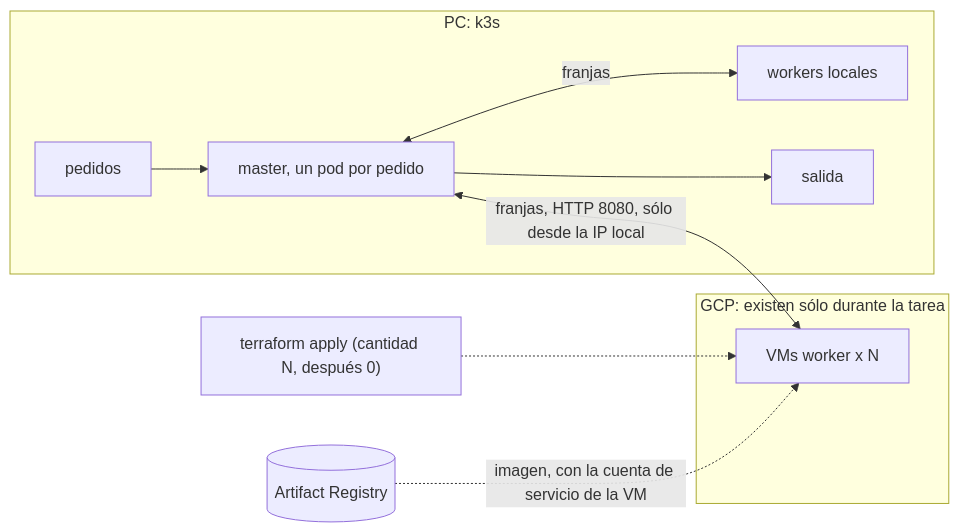
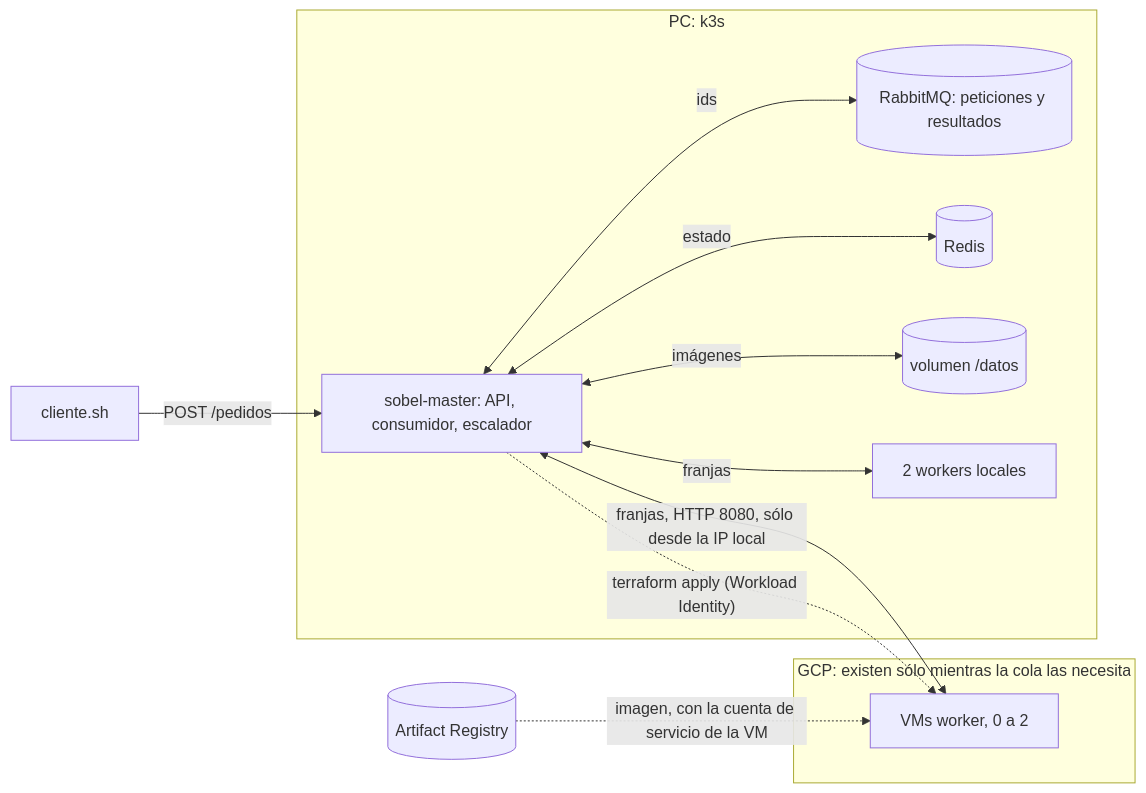
The diagram in hit2/README.md (chimera-sdypp/sdypp_tp3), drawn with Mermaid before and after one commit. The commit also changed other lines of this file and 6 other files, not shown here.

````diff
--- a/hit2/README.md
+++ b/hit2/README.md
@@ -17,14 +23,16 @@
 ```mermaid
 flowchart LR
+    C[cliente.sh] -->|POST /pedidos| M
     subgraph local["PC: k3s"]
-        E[pedidos] --> M[master, un pod por pedido]
-        M <-->|franjas| WL[workers locales]
-        M --> S[salida]
+        M[sobel-master: API, consumidor, escalador] <-->|ids| Q[(RabbitMQ: peticiones y resultados)]
+        M <-->|estado| R[(Redis)]
+        M <-->|imágenes| D[(volumen /datos)]
+        M <-->|franjas| WL[2 workers locales]
     end
-    subgraph nube["GCP: existen sólo durante la tarea"]
-        WN[VMs worker x N]
+    subgraph nube["GCP: existen sólo mientras la cola las necesita"]
+        WN[VMs worker, 0 a 2]
     end
     M <-->|"franjas, HTTP 8080, sólo desde la IP local"| WN
-    T["terraform apply (cantidad N, después 0)"] -.-> WN
+    M -.->|"terraform apply (Workload Identity)"| WN
     AR[(Artifact Registry)] -.->|imagen, con la cuenta de servicio de la VM| WN
 ```
````
